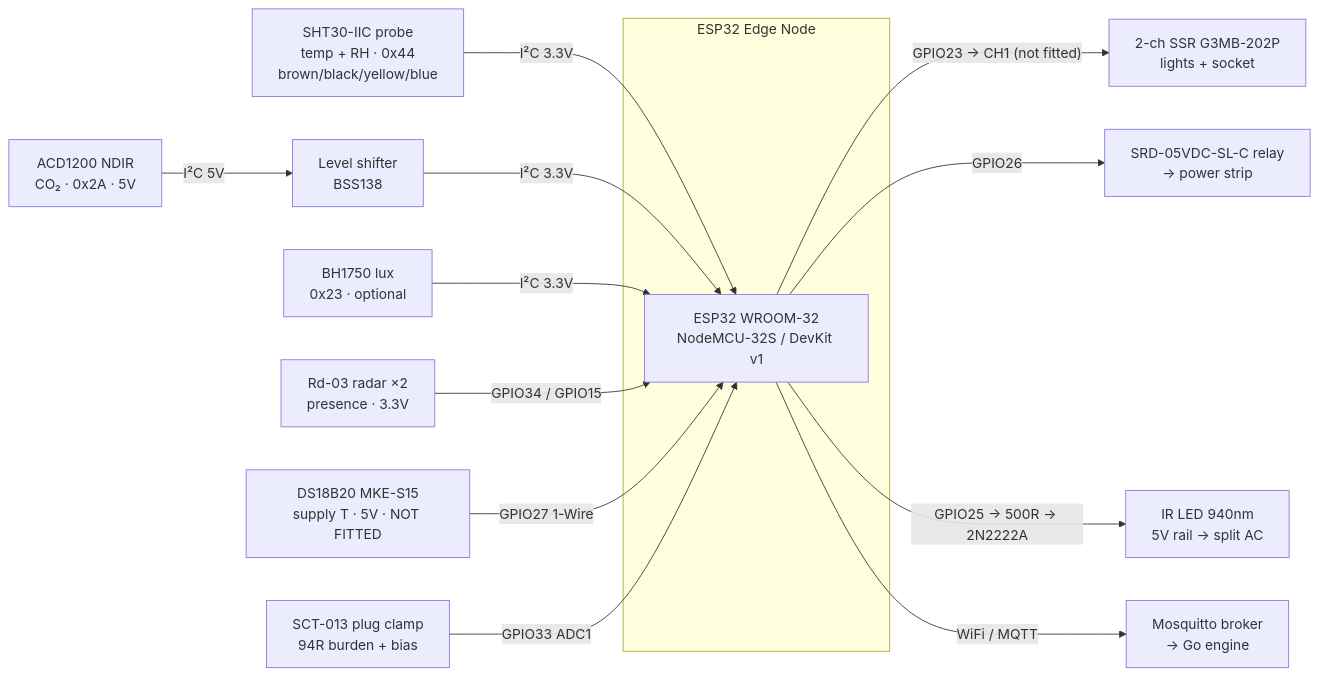
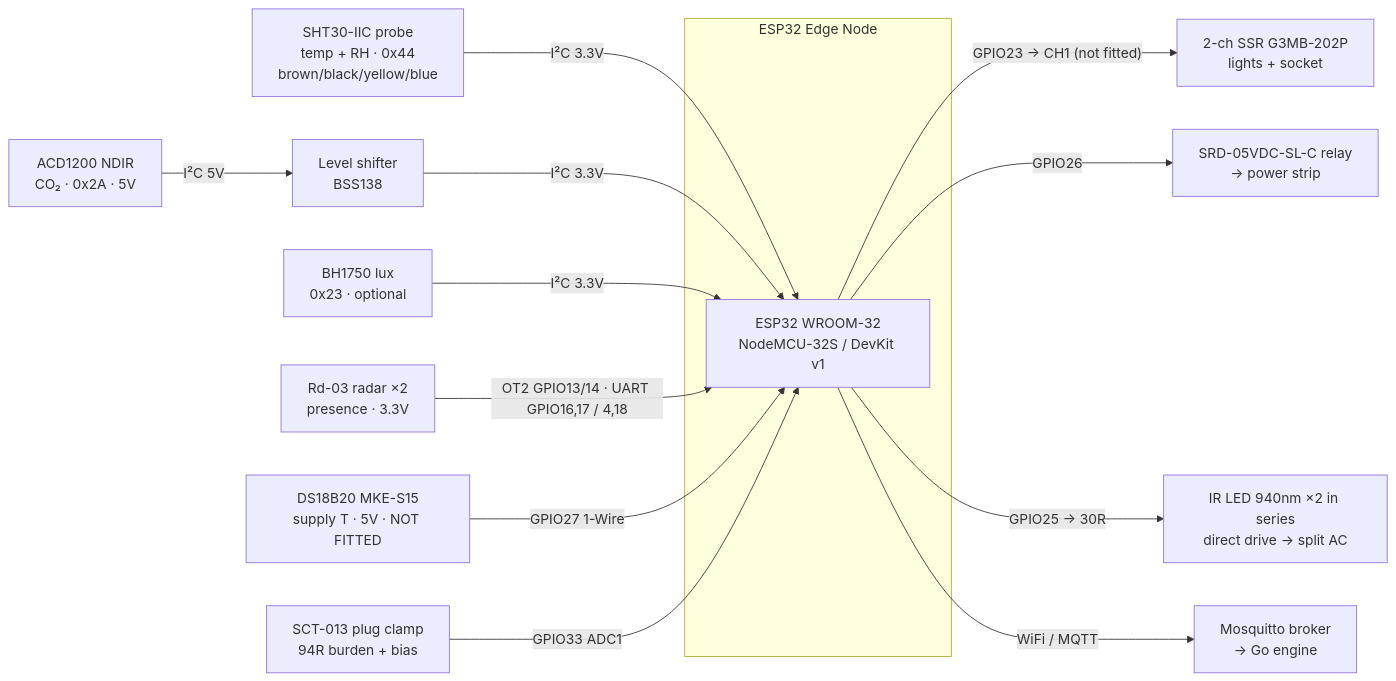
The diagram in edge/WIRING.md (2550112NguyenHoangKhoi/econ), drawn with Mermaid before and after one commit. The commit also changed other lines of this file and 2 other files, not shown here.

````diff
--- a/edge/WIRING.md
+++ b/edge/WIRING.md
@@ -65,17 +65,17 @@
 ```mermaid
 flowchart LR
   subgraph N["ESP32 Edge Node"]
     E["ESP32 WROOM-32<br/>NodeMCU-32S / DevKit v1"]
   end
   SHT["SHT30-IIC probe<br/>temp + RH · 0x44<br/>brown/black/yellow/blue"] -- "I²C 3.3V" --> E
   LS["Level shifter<br/>BSS138"] -- "I²C 3.3V" --> E
   CO2["ACD1200 NDIR<br/>CO₂ · 0x2A · 5V"] -- "I²C 5V" --> LS
   LUX["BH1750 lux<br/>0x23 · optional"] -- "I²C 3.3V" --> E
-  RAD["Rd-03 radar ×2<br/>presence · 3.3V"] -- "GPIO34 / GPIO15" --> E
+  RAD["Rd-03 radar ×2<br/>presence · 3.3V"] -- "OT2 GPIO13/14 · UART GPIO16,17 / 4,18" --> E
   DS["DS18B20 MKE-S15<br/>supply T · 5V · NOT FITTED"] -- "GPIO27 1-Wire" --> E
   CT["SCT-013 plug clamp<br/>94R burden + bias"] -- "GPIO33 ADC1" --> E
   E -- "GPIO23 → CH1 (not fitted)" --> SSR["2-ch SSR G3MB-202P<br/>lights + socket"]
   E -- "GPIO26" --> RLY["SRD-05VDC-SL-C relay<br/>→ power strip"]
-  E -- "GPIO25 → 500R → 2N2222A" --> IR["IR LED 940nm<br/>5V rail → split AC"]
+  E -- "GPIO25 → 30R" --> IR["IR LED 940nm ×2 in series<br/>direct drive → split AC"]
   E -- "WiFi / MQTT" --> BR["Mosquitto broker<br/>→ Go engine"]
 ```
````
